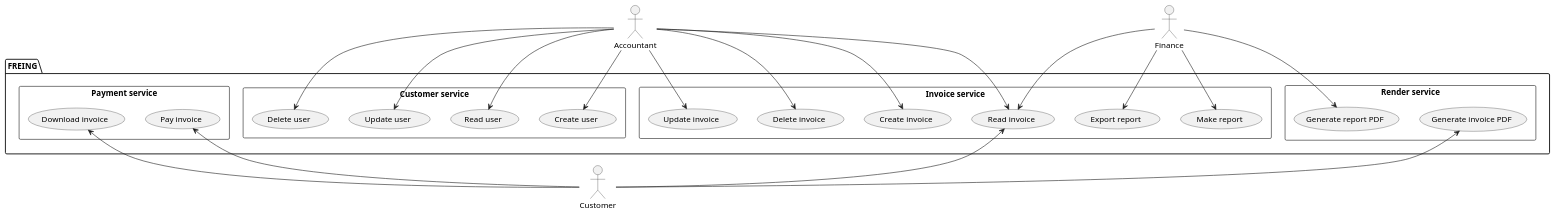
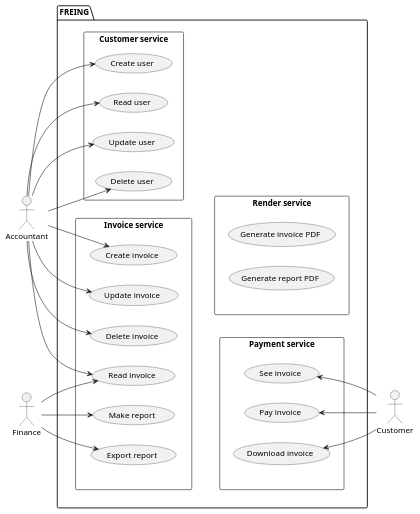
The diagram in diagrams/FREING_USE_CASE_DIAGRAM.puml (zlesak/FREING), drawn with PlantUML before and after one commit. The commit also changed 1 other file, not shown here.

Commit message:
UML UC diagram layout fix

```diff
--- a/diagrams/FREING_USE_CASE_DIAGRAM.puml
+++ b/diagrams/FREING_USE_CASE_DIAGRAM.puml
@@ -1,52 +1,57 @@
 @startuml
-top to bottom direction
+left to right direction
 
 :Accountant: as a
 :Customer: as c
 :Finance: as f
 
 package "FREING" as freing {
     rectangle "Invoice service" as invoice_service {
         usecase (Create invoice) as ci
         usecase (Read invoice) as ri
         usecase (Update invoice) as ui
         usecase (Delete invoice) as di
         usecase (Make report) as mr
         usecase (Export report) as er
     }
     rectangle "Customer service" as customer_service {
         usecase (Create user) as cu
         usecase (Read user) as ru
         usecase (Update user) as uu
         usecase (Delete user) as du
     }
     rectangle "Render service" as render_service {
         usecase (Generate invoice PDF) as gip
         usecase (Generate report PDF) as grp
     }
     rectangle "Payment service" as payment_service {
+        usecase (See invoice) as si
         usecase (Pay invoice) as pi
         usecase (Download invoice) as doi
     }
 }
+
+
+
+
+payment_service <-[hidden]l-> render_service
+invoice_service <-[hidden]-> render_service
 
 a --> ci
 a --> ri
 a --> ui
 a --> di
 a --> cu
 a --> ru
 a --> uu
 a --> du
 
 pi <-- c
-ri <-- c
+si <-- c
 doi <-- c
-gip <-- c
 
 f --> ri
 f --> mr
 f --> er
-f --> grp
 
 @enduml
```
